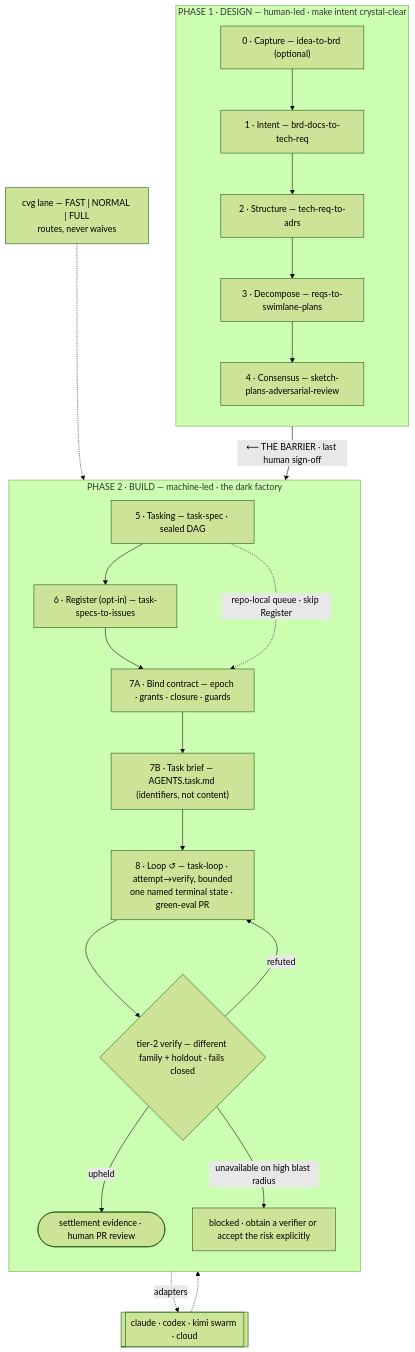
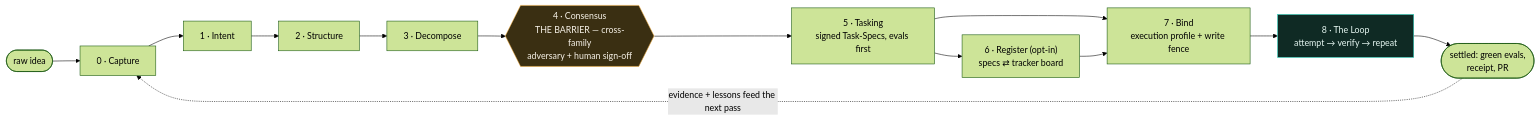
The diagram in README.md (cb2204/converge), drawn with Mermaid (forest theme) before and after one commit. The commit also changed other lines of this file and 5 other files, not shown here.

````diff
--- a/README.md
+++ b/README.md
@@ -84,32 +103,14 @@
 ```mermaid
-flowchart TB
-  subgraph DESIGN["PHASE 1 · DESIGN — human-led · make intent crystal-clear"]
-    direction TB
-    P0["0 · Capture — idea-to-brd (optional)"]
-    P1["1 · Intent — brd-docs-to-tech-req"]
-    P2["2 · Structure — tech-req-to-adrs"]
-    P3["3 · Decompose — reqs-to-swimlane-plans"]
-    P4["4 · Consensus — sketch-plans-adversarial-review"]
-    P0 --> P1 --> P2 --> P3 --> P4
-  end
-  P4 -->|"⟵ THE BARRIER · last human sign-off"| P5
-  subgraph BUILD["PHASE 2 · BUILD — machine-led · the dark factory"]
-    direction TB
-    P5["5 · Tasking — task-spec · sealed DAG"]
-    P6["6 · Register (opt-in) — task-specs-to-issues"]
-    P7["7A · Bind contract — epoch · grants · closure · guards"]
-    P7B["7B · Task brief — AGENTS.task.md (identifiers, not content)"]
-    P8["8 · Loop ↺ — task-loop · attempt→verify, bounded<br/>one named terminal state · green-eval PR"]
-    VER{"tier-2 verify — different family + holdout · fails closed"}
-    DONE(["settlement evidence · human PR review"])
-    HOLD["blocked · obtain a verifier or accept the risk explicitly"]
-    P5 --> P6 --> P7 --> P7B --> P8 --> VER
-    P5 -.->|"repo-local queue · skip Register"| P7
-  end
-  LANE["cvg lane — FAST | NORMAL | FULL<br/>routes, never waives"] -.-> P5
-  P7B -.->|"adapters"| H[["claude · codex · kimi swarm · cloud"]]
-  H -.-> P8
-  VER -->|refuted| P8
-  VER -->|upheld| DONE
-  VER -->|unavailable on high blast radius| HOLD
+flowchart LR
+    I([raw idea]) --> P0["0 · Capture"] --> P1["1 · Intent"] --> P2["2 · Structure"] --> P3["3 · Decompose"]
+    P3 --> P4{{"4 · Consensus<br/>THE BARRIER — cross-family<br/>adversary + human sign-off"}}
+    P4 --> P5["5 · Tasking<br/>signed Task-Specs, evals first"]
+    P5 --> P6["6 · Register (opt-in)<br/>specs ⇄ tracker board"]
+    P5 --> P7["7 · Bind<br/>execution profile + write fence"]
+    P6 --> P7
+    P7 --> P8["8 · The Loop<br/>attempt → verify → repeat"]
+    P8 --> D([settled: green evals,<br/>receipt, PR])
+    D -. evidence + lessons feed the next pass .-> P0
+    style P4 fill:#3a2f12,stroke:#f5b042,color:#f7f2e8
+    style P8 fill:#0f2a24,stroke:#2dd4bf,color:#e6f7f2
 ```
````
